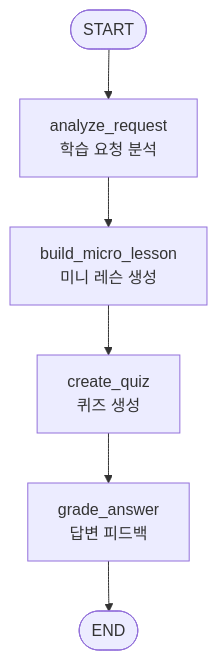
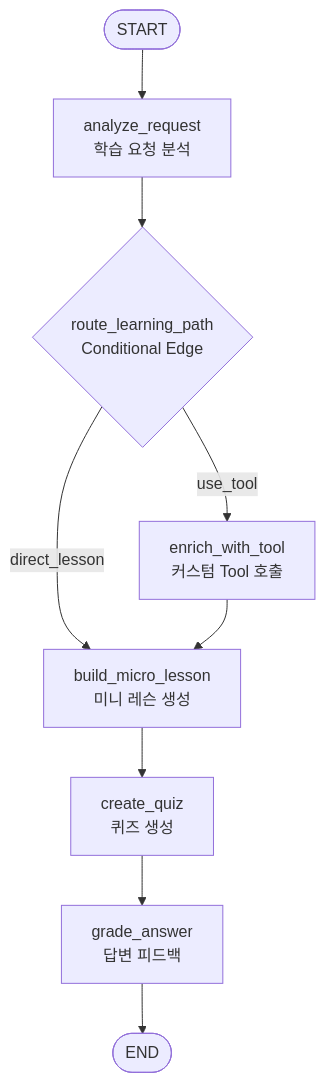
The diagram in README.md (Kalamari0227/graph_assignment), drawn with Mermaid before and after one commit. The commit also changed other lines of this file and 3 other files, not shown here.

Commit message:
Add conditional tool path to education agent

```diff
--- a/README.md
+++ b/README.md
@@ -66,8 +71,11 @@
 ~~~mermaid
 flowchart TD
     START([START]) --> A[analyze_request<br/>학습 요청 분석]
-    A --> B[build_micro_lesson<br/>미니 레슨 생성]
+    A --> R{route_learning_path<br/>Conditional Edge}
+    R -->|use_tool| T[enrich_with_tool<br/>커스텀 Tool 호출]
+    R -->|direct_lesson| B[build_micro_lesson<br/>미니 레슨 생성]
+    T --> B
     B --> C[create_quiz<br/>퀴즈 생성]
     C --> D[grade_answer<br/>답변 피드백]
     D --> END([END])
 ~~~
```
